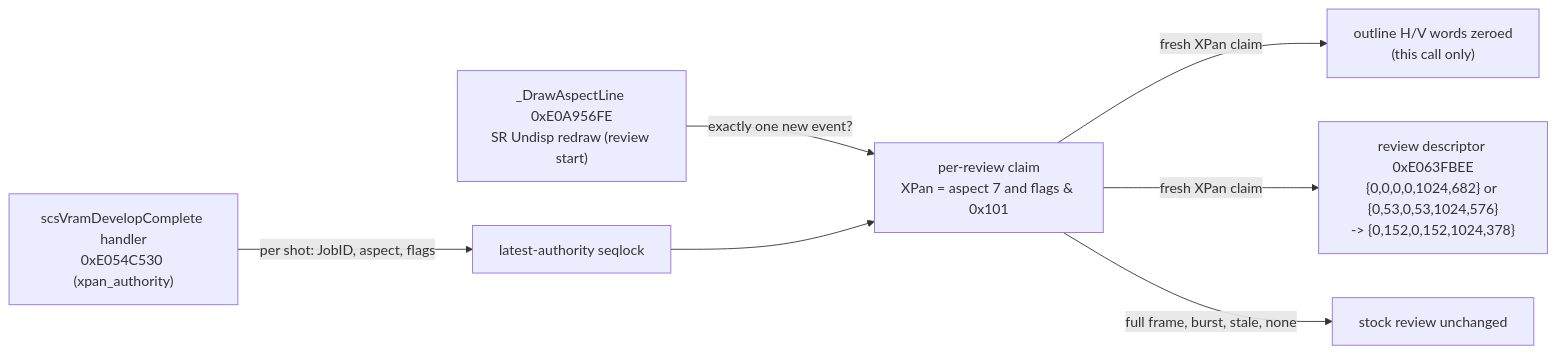
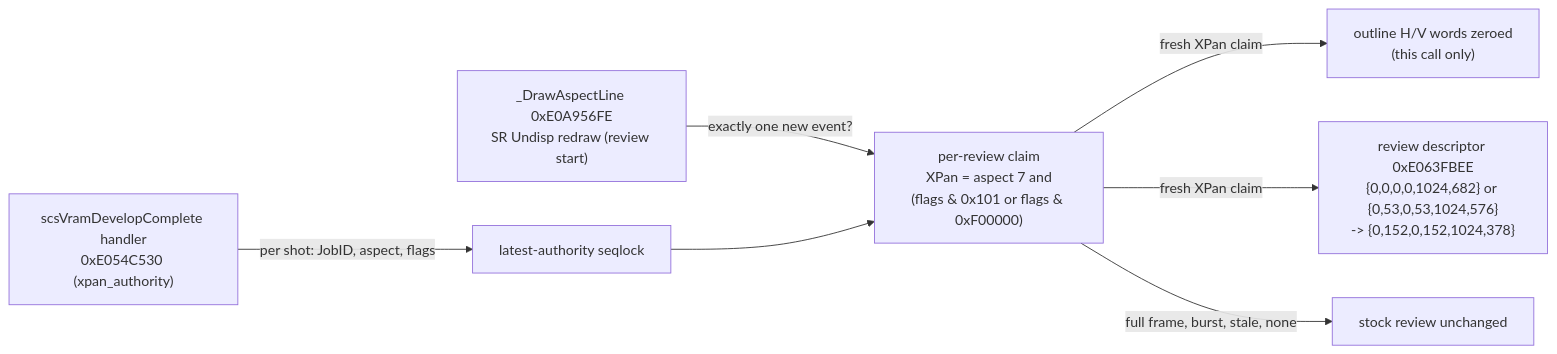
One commit to WhiteAvocad0/canon-r5-mod changed the second of 3 diagrams in docs/xpan.md. Above: the diagram before and after it, drawn with Mermaid. The commit also changed other lines of this file and 9 other files, not shown here.

First line of the commit message:
fix(xpan): show the review band from the first frame for RAW-only XPan (#39)

````diff
--- a/docs/xpan.md
+++ b/docs/xpan.md
@@ -70,9 +71,9 @@
 ```mermaid
 flowchart LR
     Job["scsVramDevelopComplete handler<br/>0xE054C530 (xpan_authority)"] -->|"per shot: JobID, aspect, flags"| Latest["latest-authority seqlock"]
-    Start["_DrawAspectLine 0xE0A956FE<br/>SR Undisp redraw (review start)"] -->|"exactly one new event?"| Claim["per-review claim<br/>XPan = aspect 7 and flags & 0x101"]
+    Start["_DrawAspectLine 0xE0A956FE<br/>SR Undisp redraw (review start)"] -->|"exactly one new event?"| Claim["per-review claim<br/>XPan = aspect 7 and<br/>(flags & 0x101 or flags & 0xF00000)"]
     Latest --> Claim
     Claim -->|"fresh XPan claim"| Hide["outline H/V words zeroed<br/>(this call only)"]
     Claim -->|"fresh XPan claim"| Crop["review descriptor 0xE063FBEE<br/>{0,0,0,0,1024,682} or {0,53,0,53,1024,576}<br/>-> {0,152,0,152,1024,378}"]
     Claim -->|"full frame, burst, stale, none"| Stock["stock review unchanged"]
 ```
````
